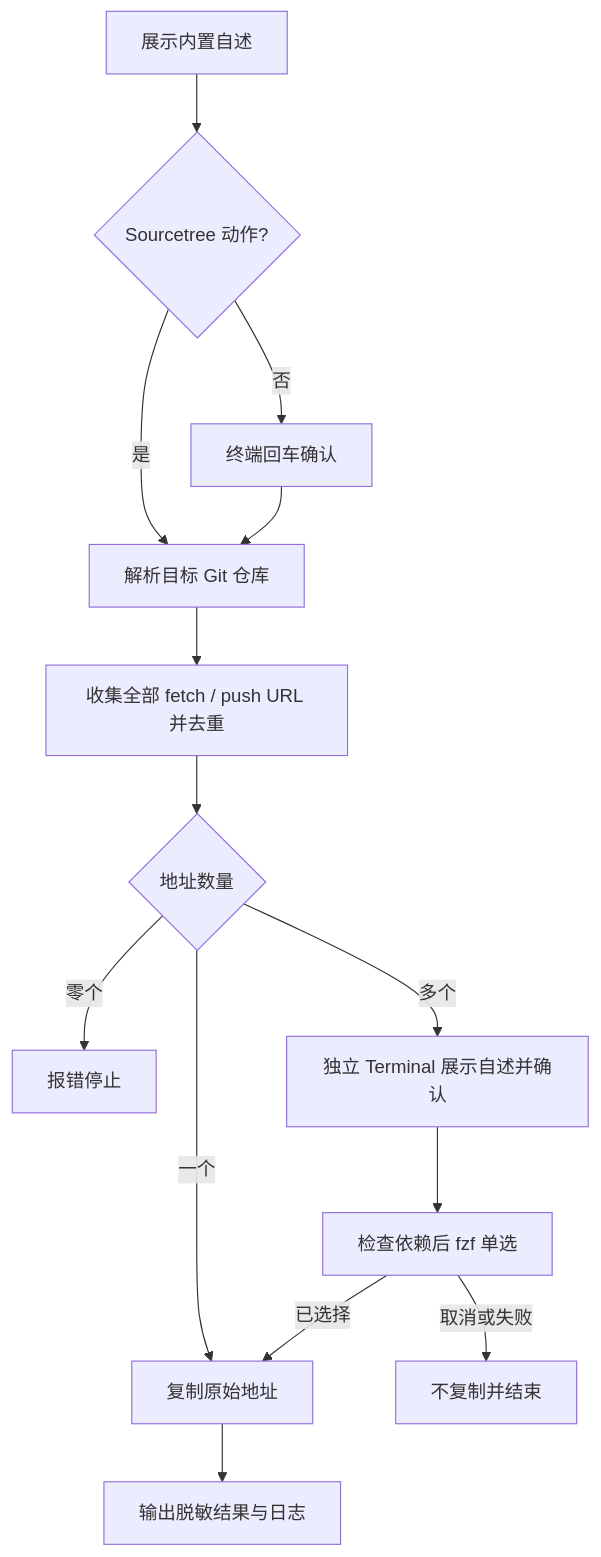
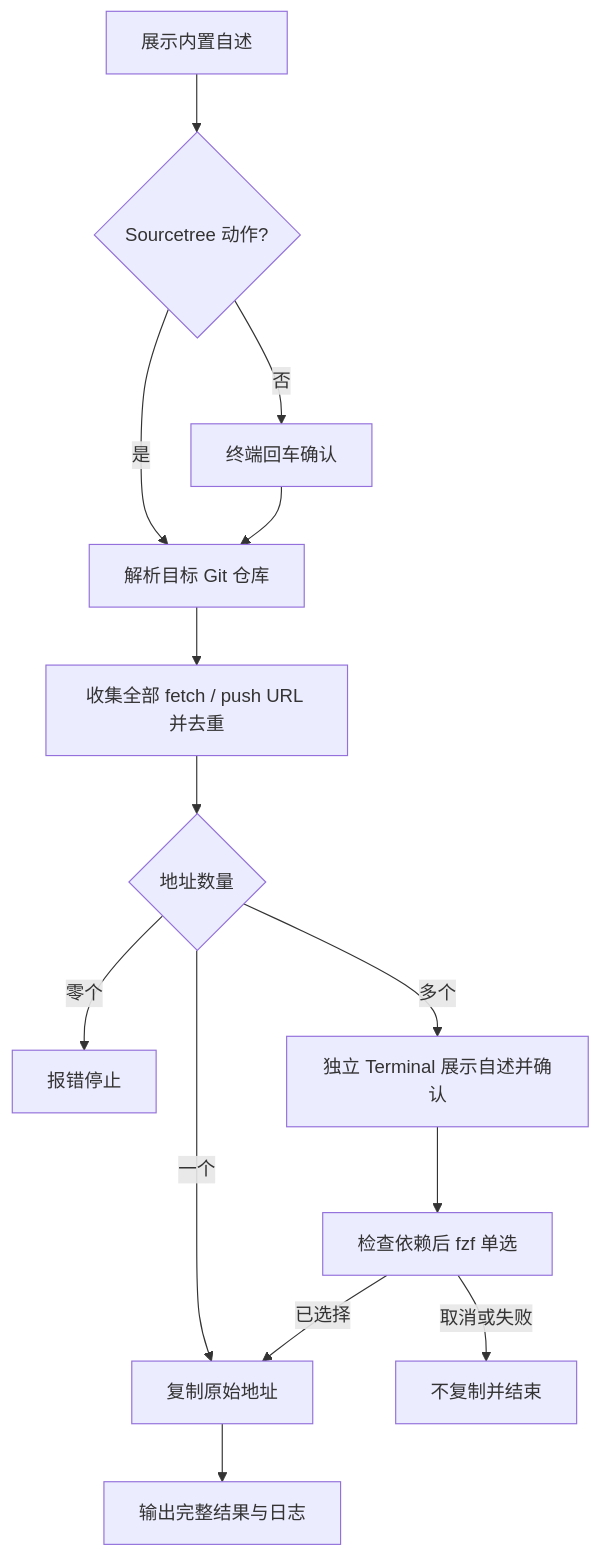
The diagram in MacOS/【MacOS@SourceTree】🌐获取远程仓库地址.command/README.md (JobsKits/SourceTree.sh), drawn with Mermaid before and after one commit. The commit also changed other lines of this file and 92 other files, not shown here.

````diff
--- a/MacOS/【MacOS@SourceTree】🌐获取远程仓库地址.command/README.md
+++ b/MacOS/【MacOS@SourceTree】🌐获取远程仓库地址.command/README.md
@@ -120,16 +121,16 @@
 ```mermaid
 flowchart TD
   A[展示内置自述] --> B{Sourcetree 动作?}
   B -->|是| D[解析目标 Git 仓库]
   B -->|否| C[终端回车确认]
   C --> D
   D --> E[收集全部 fetch / push URL 并去重]
   E --> F{地址数量}
   F -->|零个| X[报错停止]
   F -->|一个| I[复制原始地址]
   F -->|多个| G[独立 Terminal 展示自述并确认]
   G --> H[检查依赖后 fzf 单选]
   H -->|已选择| I
   H -->|取消或失败| Y[不复制并结束]
-  I --> J[输出脱敏结果与日志]
+  I --> J[输出完整结果与日志]
 ```
````
